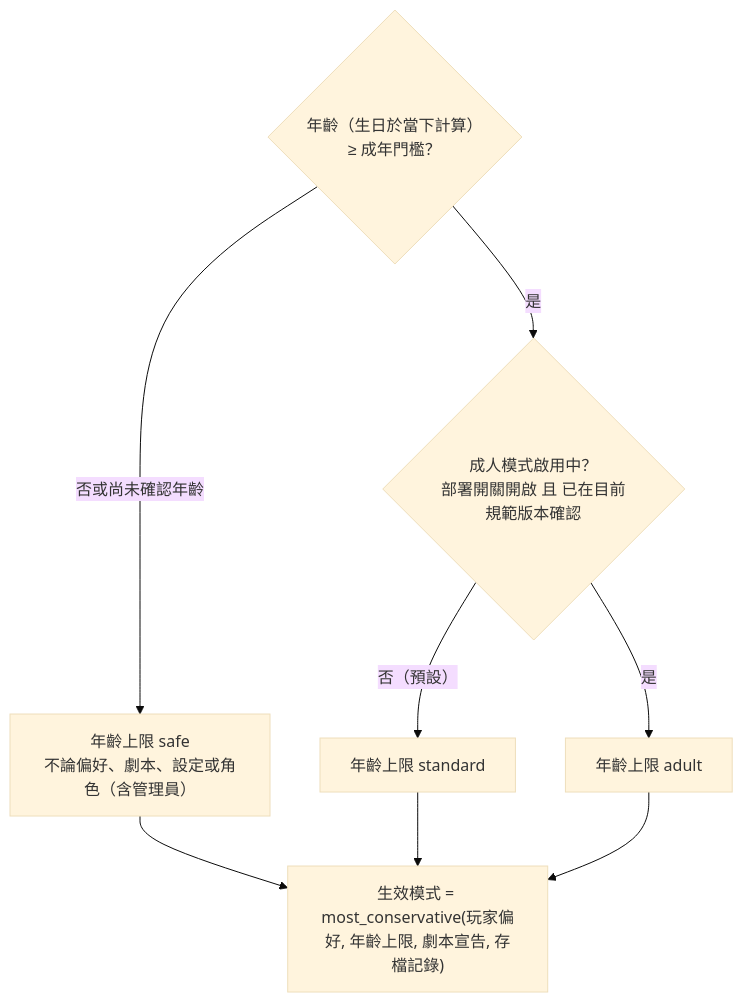
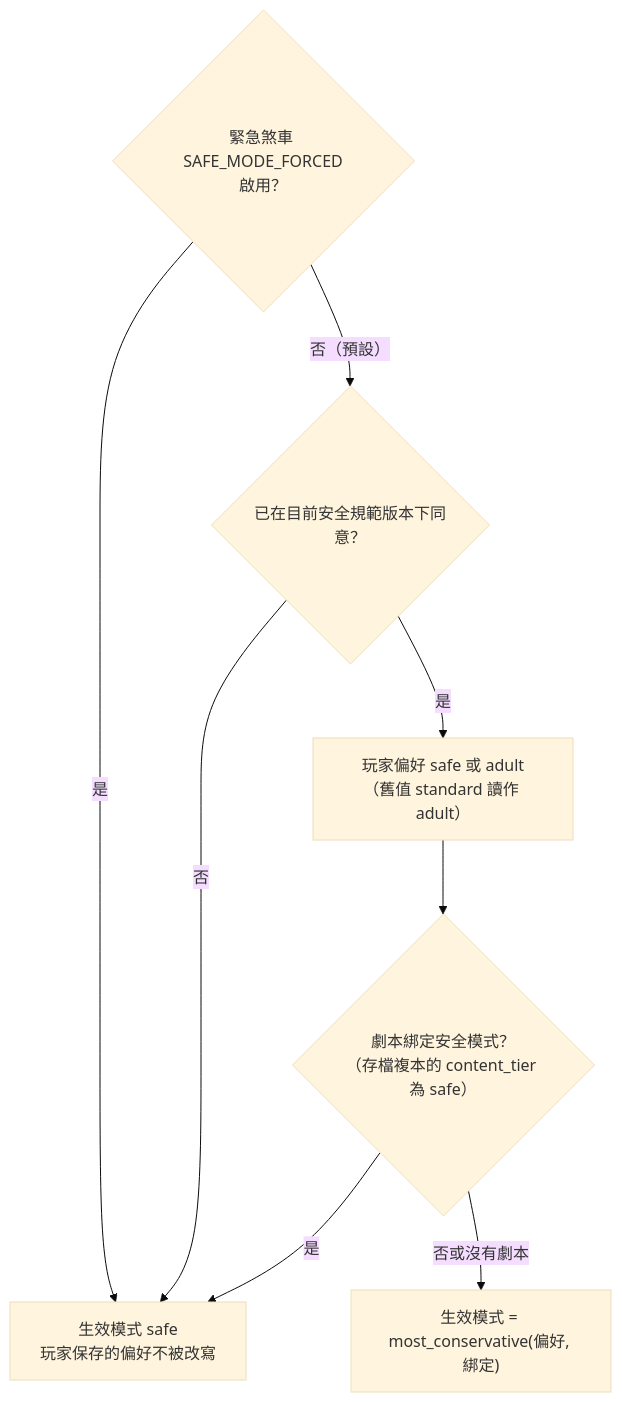
The fifth of 11 diagrams in docs/帳號與安全-auth-security.md (pp466pp466/R.A.C), drawn with Mermaid (base theme) before and after one commit. The commit also changed other lines of this file and 34 other files, not shown here.

````diff
--- a/docs/帳號與安全-auth-security.md
+++ b/docs/帳號與安全-auth-security.md
@@ -130,10 +130,10 @@
 ```mermaid
 flowchart TD
-    Age{"年齡（生日於當下計算）<br/>≥ 成年門檻？"} -->|"否或尚未確認年齡"| Cap1["年齡上限 safe<br/>不論偏好、劇本、設定或角色（含管理員）"]
-    Age -->|"是"| Open{"成人模式啟用中？<br/>部署開關開啟 且 已在目前規範版本確認"}
-    Open -->|"否（預設）"| Cap2["年齡上限 standard"]
-    Open -->|"是"| Cap3["年齡上限 adult"]
-    Cap1 --> Eff["生效模式 = most_conservative(玩家偏好, 年齡上限, 劇本宣告, 存檔記錄)"]
-    Cap2 --> Eff
-    Cap3 --> Eff
+    Brake{"緊急煞車 SAFE_MODE_FORCED<br/>啟用？"} -->|"是"| Safe["生效模式 safe<br/>玩家保存的偏好不被改寫"]
+    Brake -->|"否（預設）"| Consent{"已在目前安全規範版本下同意？"}
+    Consent -->|"否"| Safe
+    Consent -->|"是"| Pref["玩家偏好 safe 或 adult<br/>（舊值 standard 讀作 adult）"]
+    Pref --> Bind{"劇本綁定安全模式？<br/>（存檔複本的 content_tier 為 safe）"}
+    Bind -->|"是"| Safe
+    Bind -->|"否或沒有劇本"| Eff["生效模式 = most_conservative(偏好, 綁定)"]
 ```
````
